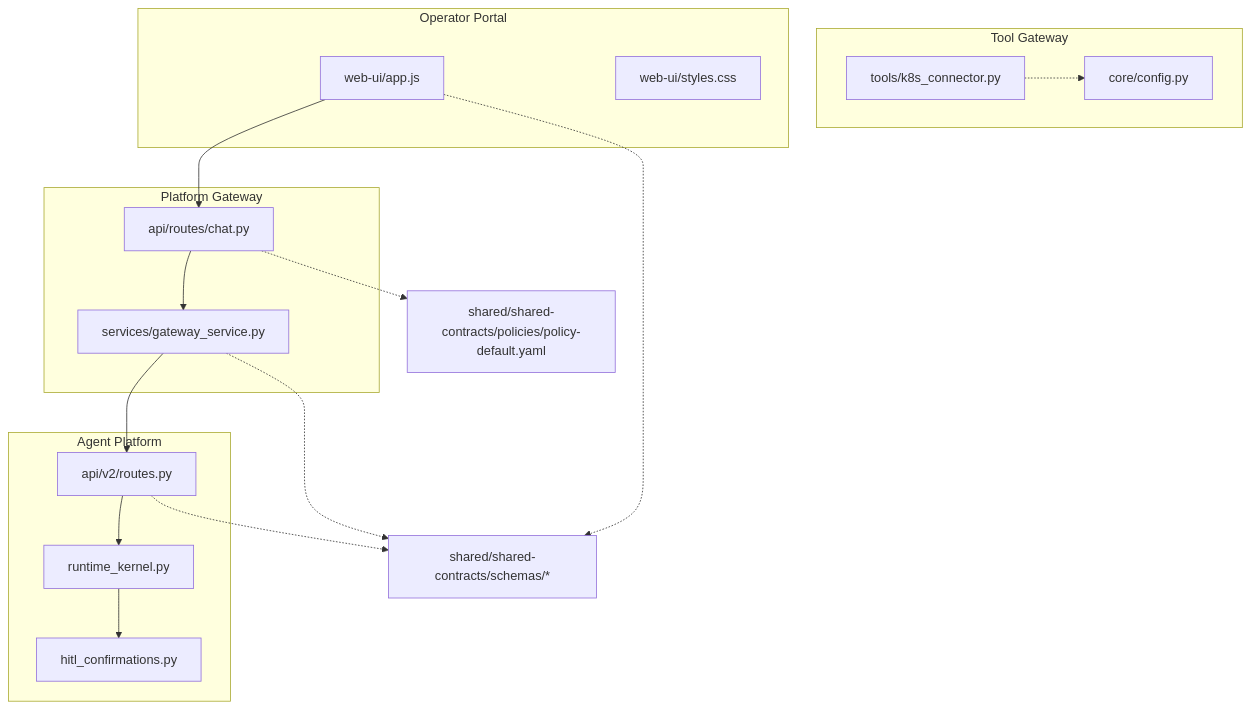
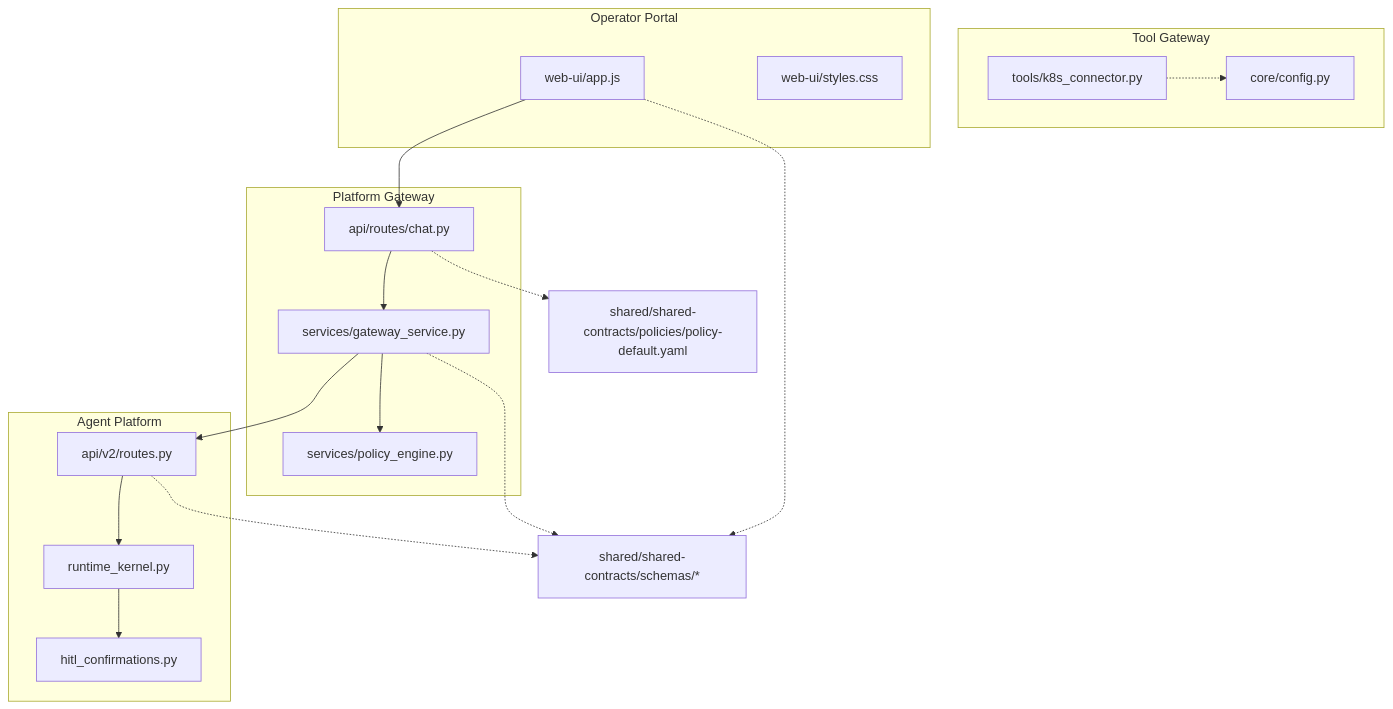
The first of 10 diagrams in .qoder/repowiki/en/content/Agent Platform Service/HITL Confirmation Bridging (SPEC-020).md (metasync/luban-aiops), drawn with Mermaid before and after one commit. The commit also changed other lines of this file and 7 other files, not shown here.

````diff
--- a/.qoder/repowiki/en/content/Agent Platform Service/HITL Confirmation Bridging (SPEC-020).md
+++ b/.qoder/repowiki/en/content/Agent Platform Service/HITL Confirmation Bridging (SPEC-020).md
@@ -70,32 +78,34 @@
 ```mermaid
 graph TB
 subgraph "Agent Platform"
 RK["runtime_kernel.py"]
 HC["hitl_confirmations.py"]
 R2["api/v2/routes.py"]
 end
 subgraph "Platform Gateway"
 GC["api/routes/chat.py"]
 GS["services/gateway_service.py"]
+PE["services/policy_engine.py"]
 end
 subgraph "Tool Gateway"
 TG["tools/k8s_connector.py"]
 TC["core/config.py"]
 end
 subgraph "Operator Portal"
 PJ["web-ui/app.js"]
 PS["web-ui/styles.css"]
 end
 SC["shared/shared-contracts/schemas/*"]
 POL["shared/shared-contracts/policies/policy-default.yaml"]
 PJ --> GC
 GC --> GS
+GS --> PE
 GS --> R2
 R2 --> RK
 RK --> HC
 GC -.-> POL
 R2 -.-> SC
 GS -.-> SC
 PJ -.-> SC
 TG -.-> TC
 ```
````
